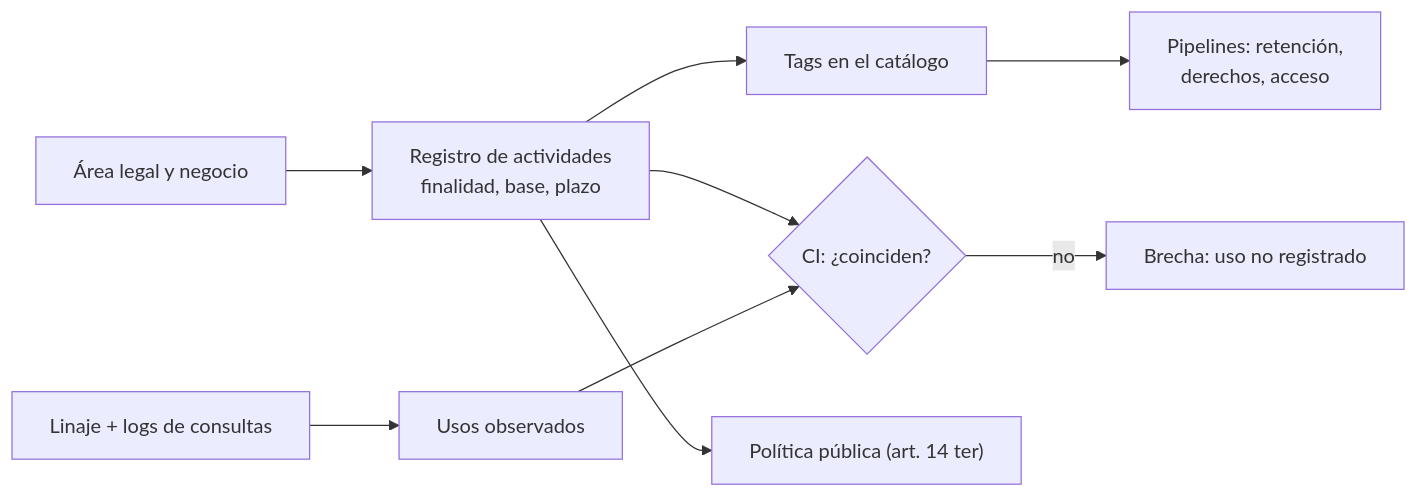
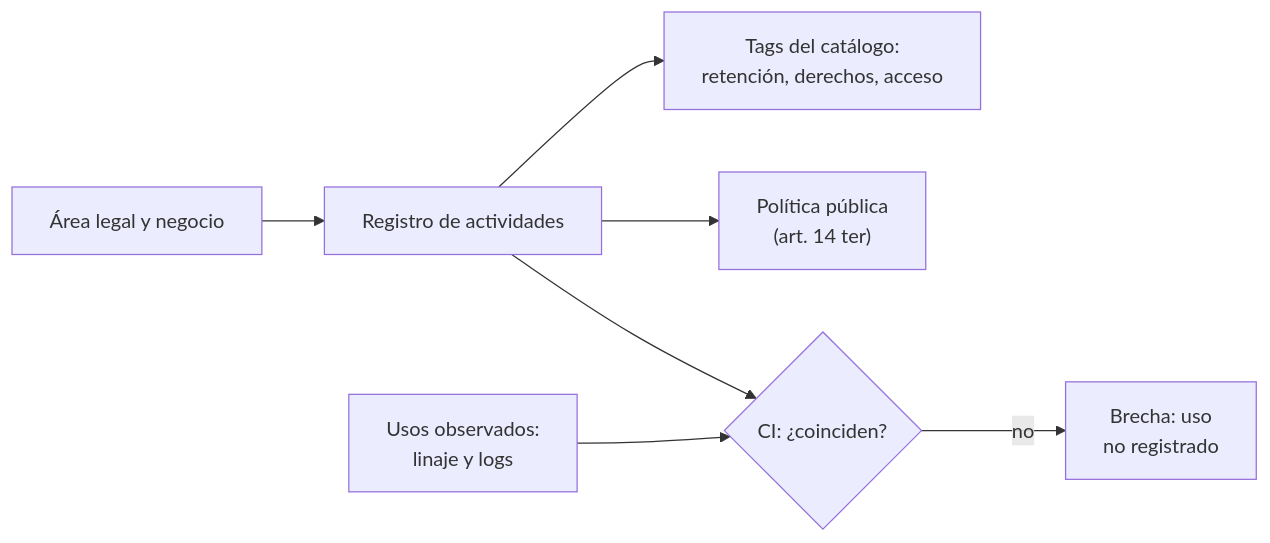
Before and after one commit to fcp4891/de-knowledge-hub: the diagram in content/concepts/processing-activities-inventory.md, drawn with Mermaid. The commit also changed other lines of this file and 20 other files, not shown here.

First line of the commit message:
§9 con el estándar de diagramas: 21 diagramas sobre 8 nodos o 10 aristas, rehechos

````diff
--- a/content/concepts/processing-activities-inventory.md
+++ b/content/concepts/processing-activities-inventory.md
@@ -132,10 +132,9 @@
 ```mermaid
 flowchart LR
-  L["Área legal y negocio"] --> R["Registro de actividades<br/>finalidad, base, plazo"]
-  R --> T["Tags en el catálogo"]
-  T --> P["Pipelines: retención,<br/>derechos, acceso"]
-  LG["Linaje + logs de consultas"] --> U["Usos observados"]
-  R & U --> CI{"CI: ¿coinciden?"}
-  CI -- "no" --> E["Brecha: uso no registrado"]
-  R --> PO["Política pública (art. 14 ter)"]
+  L["Área legal y negocio"] --> R["Registro de actividades"]
+  R --> T["Tags del catálogo:<br/>retención, derechos, acceso"]
+  R --> PO["Política pública<br/>(art. 14 ter)"]
+  U["Usos observados:<br/>linaje y logs"] --> CI{"CI: ¿coinciden?"}
+  R --> CI
+  CI -- "no" --> E["Brecha: uso<br/>no registrado"]
 ```
````
